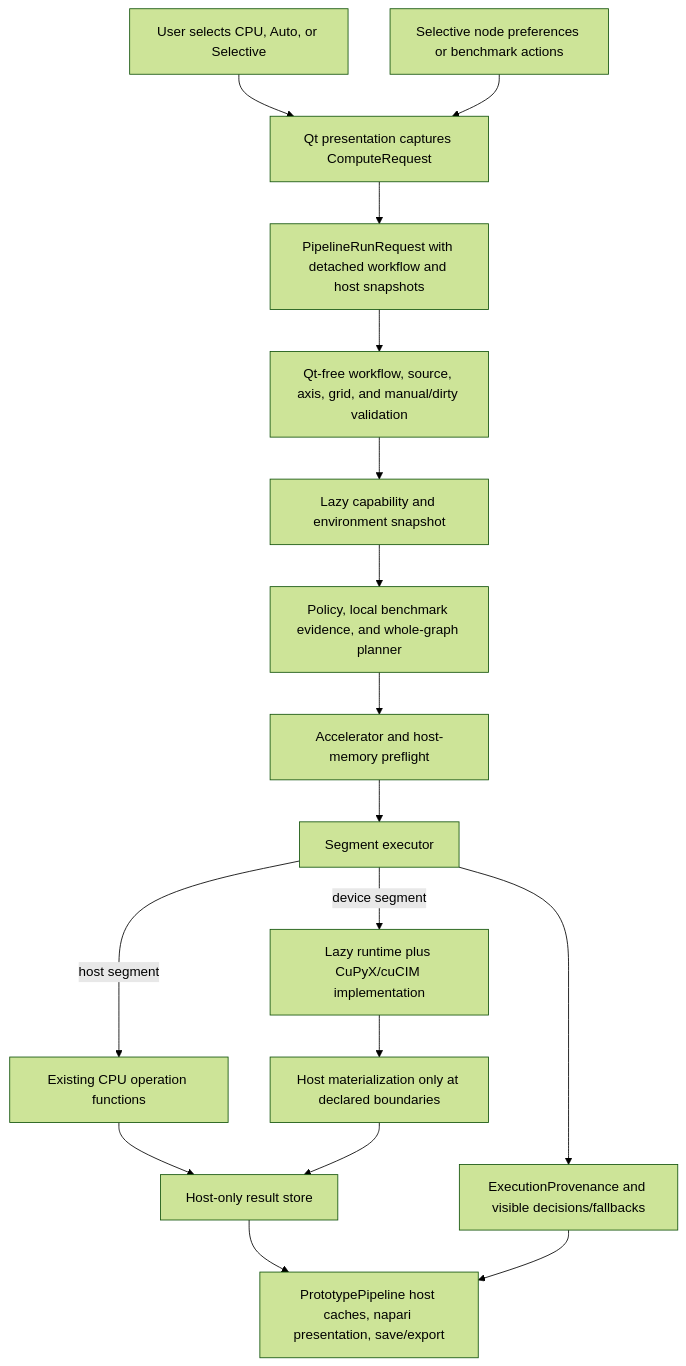
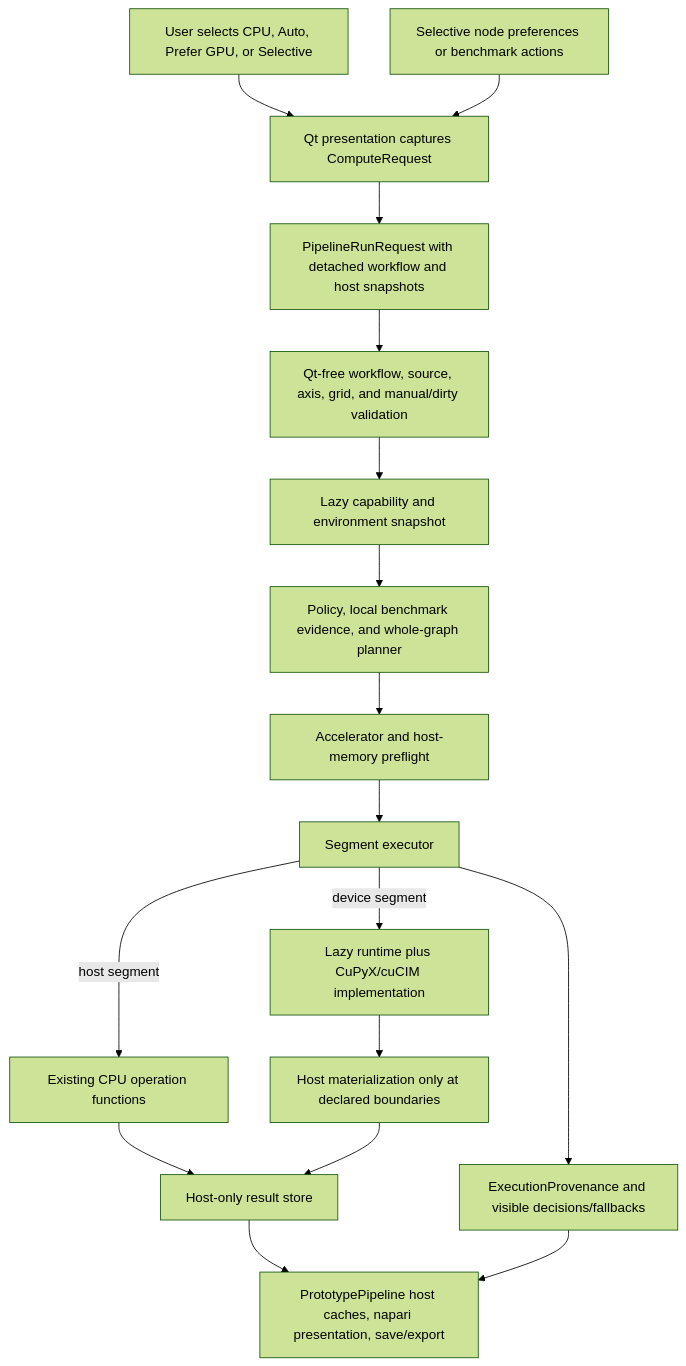
Before and after one commit to rensutheart/napari-vipp: the diagram in docs/gpu-production-implementation-plan.md, drawn with Mermaid (forest theme). The commit also changed other lines of this file and 32 other files, not shown here.

Commit message:
feat(compute): add Prefer GPU policy

````diff
--- a/docs/gpu-production-implementation-plan.md
+++ b/docs/gpu-production-implementation-plan.md
@@ -845,19 +857,19 @@
 ```mermaid
 flowchart TD
-    U["User selects CPU, Auto, or Selective"] --> UI["Qt presentation captures ComputeRequest"]
+    U["User selects CPU, Auto, Prefer GPU, or Selective"] --> UI["Qt presentation captures ComputeRequest"]
     S["Selective node preferences or benchmark actions"] --> UI
     UI --> R["PipelineRunRequest with detached workflow and host snapshots"]
     R --> V["Qt-free workflow, source, axis, grid, and manual/dirty validation"]
     V --> C["Lazy capability and environment snapshot"]
     C --> P["Policy, local benchmark evidence, and whole-graph planner"]
     P --> M["Accelerator and host-memory preflight"]
     M --> E["Segment executor"]
     E -->|"host segment"| CPU["Existing CPU operation functions"]
     E -->|"device segment"| GPU["Lazy runtime plus CuPyX/cuCIM implementation"]
     GPU --> B["Host materialization only at declared boundaries"]
     CPU --> H["Host-only result store"]
     B --> H
     H --> O["PrototypePipeline host caches, napari presentation, save/export"]
     E --> PR["ExecutionProvenance and visible decisions/fallbacks"]
     PR --> O
 ```
````
